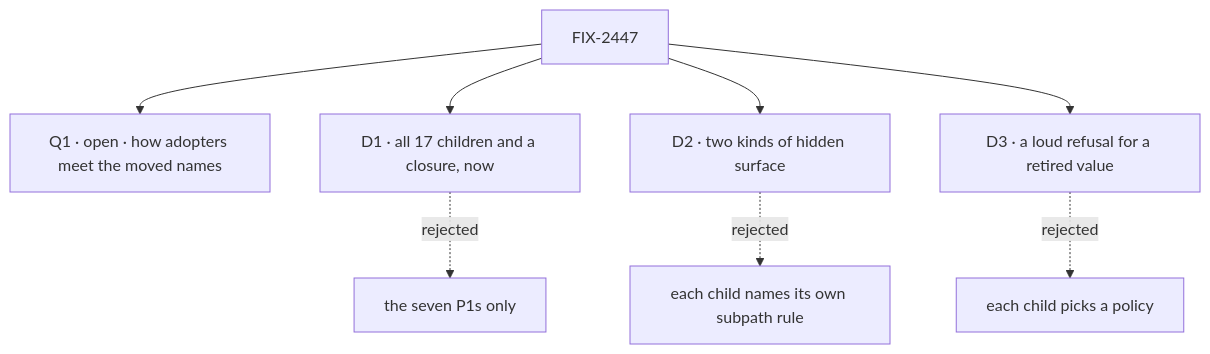
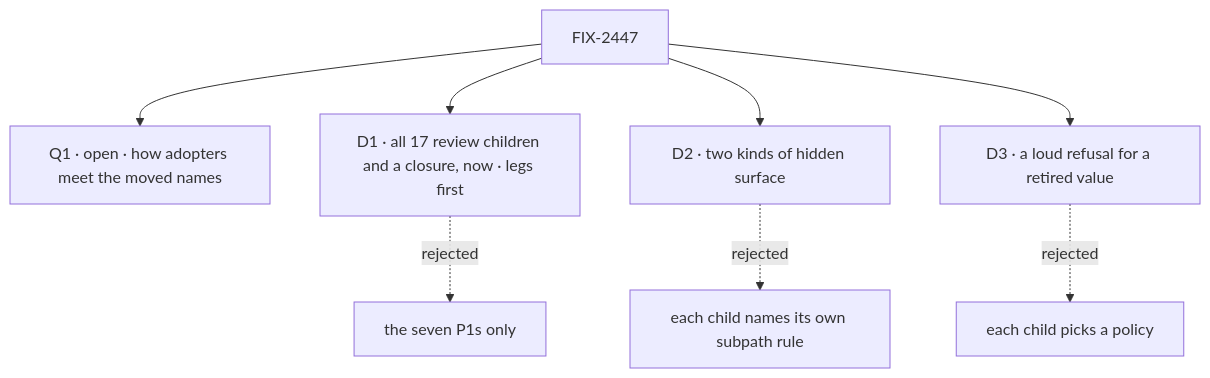
One commit to fixpoint-labs/flow-state-dev changed the diagram in specs/epics/FIX-2447/DECISIONS.md. Above: the diagram before and after it, drawn with Mermaid. The commit also changed other lines of this file and 4 other files, not shown here.

First line of the commit message:
spec(epic): fold goal legs first and review round 1 on FIX-2447

````diff
--- a/specs/epics/FIX-2447/DECISIONS.md
+++ b/specs/epics/FIX-2447/DECISIONS.md
@@ -10,10 +10,10 @@
 ```mermaid
 flowchart TD
   E["FIX-2447"] --> Q1["Q1 · open · how adopters meet the moved names"]
-  E --> D1["D1 · all 17 children and a closure, now"]
+  E --> D1["D1 · all 17 review children and a closure, now · legs first"]
   D1 -.->|"rejected"| X1["the seven P1s only"]
   E --> D2["D2 · two kinds of hidden surface"]
   D2 -.->|"rejected"| X2["each child names its own subpath rule"]
   E --> D3["D3 · a loud refusal for a retired value"]
   D3 -.->|"rejected"| X3["each child picks a policy"]
 ```
````
